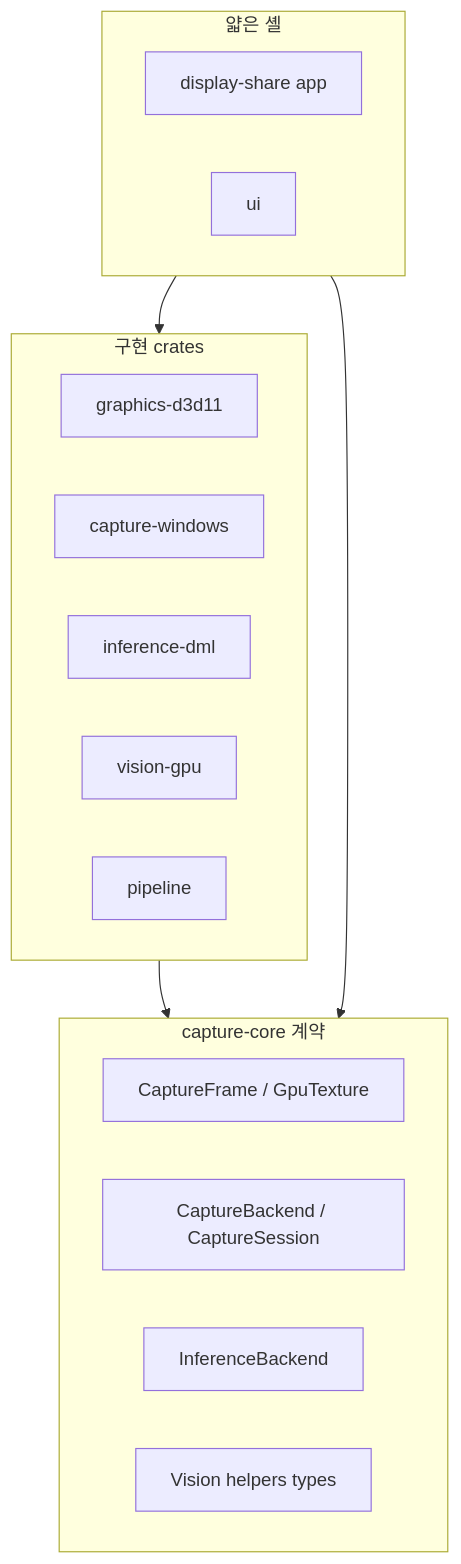
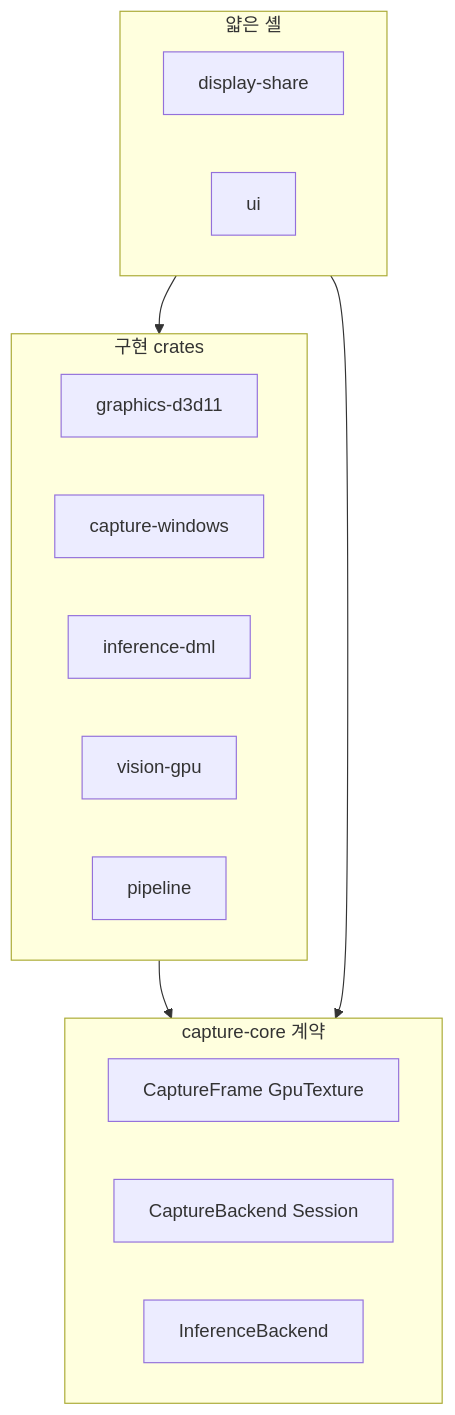
One commit to NAMUORI00/display-share changed the first of 8 diagrams in 설계안.md. Above: the diagram before and after it, drawn with Mermaid. The commit also changed other lines of this file and 25 other files, not shown here.

First line of the commit message:
docs(wiki): complete pages for current privacy/DXGI architecture

````diff
--- a/설계안.md
+++ b/설계안.md
@@ -19,26 +20,22 @@
 ```mermaid
 flowchart TB
-  subgraph Contracts["capture-core 계약"]
-    T1["CaptureFrame / GpuTexture"]
-    T2["CaptureBackend / CaptureSession"]
-    T3["InferenceBackend"]
-    T4["Vision helpers types"]
+  subgraph C[capture-core 계약]
+    T1[CaptureFrame GpuTexture]
+    T2[CaptureBackend Session]
+    T3[InferenceBackend]
   end
-
-  subgraph Impl["구현 crates"]
-    I1["graphics-d3d11"]
-    I2["capture-windows"]
-    I3["inference-dml"]
-    I4["vision-gpu"]
-    I5["pipeline"]
+  subgraph I[구현 crates]
+    I1[graphics-d3d11]
+    I2[capture-windows]
+    I3[inference-dml]
+    I4[vision-gpu]
+    I5[pipeline]
   end
-
-  subgraph Shell["얇은 셸"]
-    S1["display-share app"]
-    S2["ui"]
+  subgraph S[얇은 셸]
+    S1[display-share]
+    S2[ui]
   end
-
-  Impl --> Contracts
-  Shell --> Impl
-  Shell --> Contracts
+  I --> C
+  S --> I
+  S --> C
 ```
````
